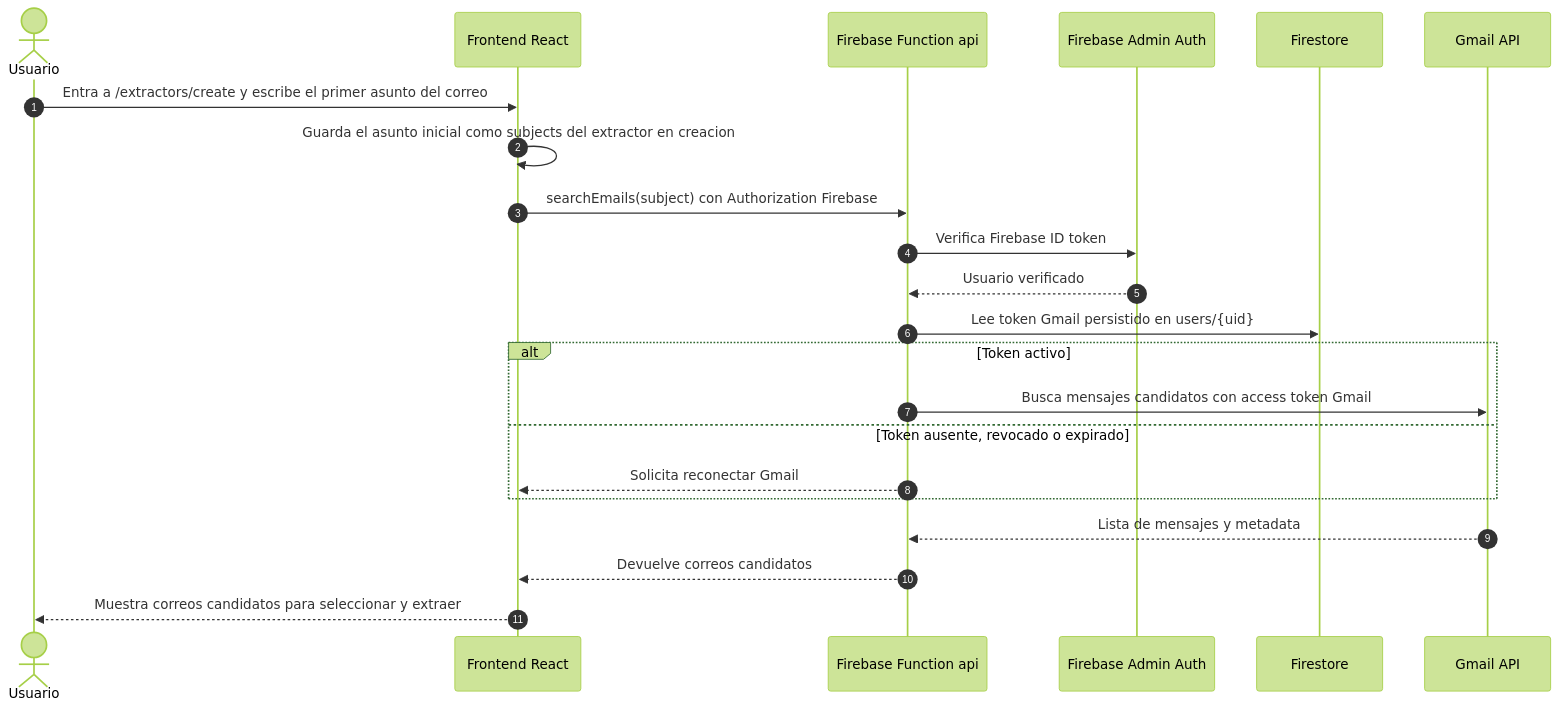
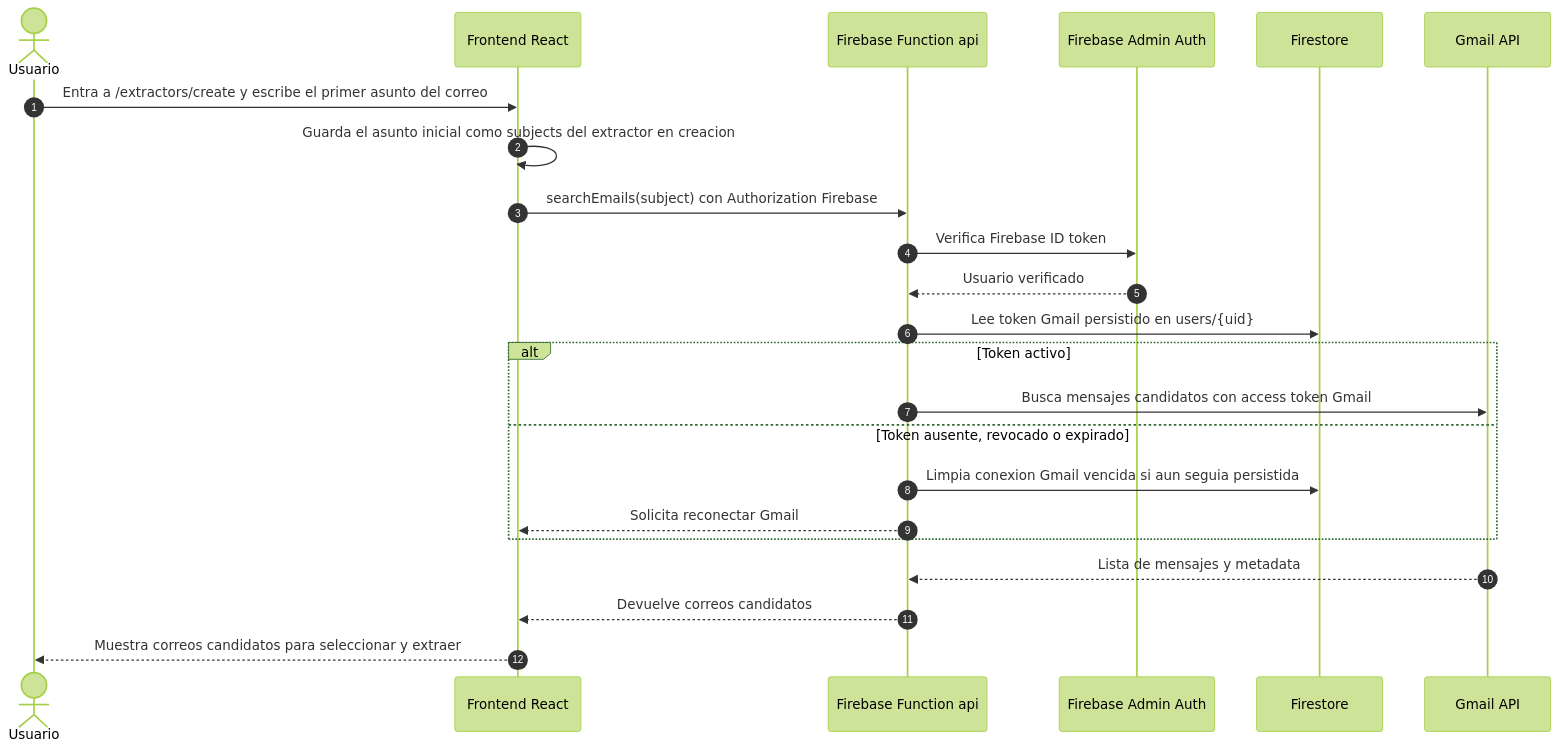
Before and after one commit to mijahilbarra/organizr: the second of 10 diagrams in sequence-diagram.md, drawn with Mermaid (forest theme). The commit also changed other lines of this file and 138 other files, not shown here.

Commit message:
Add GPT workflows, computed fields, and schema editing

````diff
--- a/sequence-diagram.md
+++ b/sequence-diagram.md
@@ -46,25 +46,26 @@
 ```mermaid
 sequenceDiagram
   autonumber
   actor User as Usuario
   participant Frontend as Frontend React
   participant Function as Firebase Function api
   participant FirebaseAuth as Firebase Admin Auth
   participant Firestore as Firestore
   participant Gmail as Gmail API
 
   User->>Frontend: Entra a /extractors/create y escribe el primer asunto del correo
   Frontend->>Frontend: Guarda el asunto inicial como subjects del extractor en creacion
   Frontend->>Function: searchEmails(subject) con Authorization Firebase
   Function->>FirebaseAuth: Verifica Firebase ID token
   FirebaseAuth-->>Function: Usuario verificado
   Function->>Firestore: Lee token Gmail persistido en users/{uid}
   alt Token activo
     Function->>Gmail: Busca mensajes candidatos con access token Gmail
   else Token ausente, revocado o expirado
+    Function->>Firestore: Limpia conexion Gmail vencida si aun seguia persistida
     Function-->>Frontend: Solicita reconectar Gmail
   end
   Gmail-->>Function: Lista de mensajes y metadata
   Function-->>Frontend: Devuelve correos candidatos
   Frontend-->>User: Muestra correos candidatos para seleccionar y extraer
 ```
````
